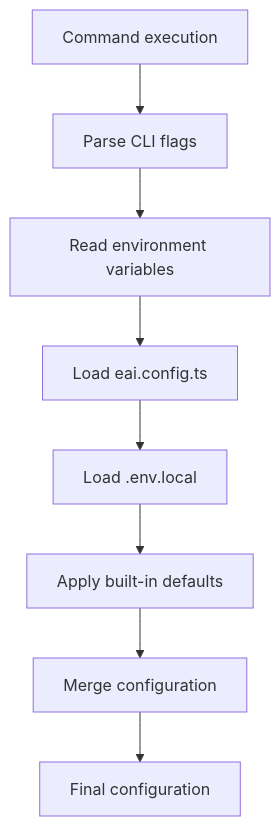
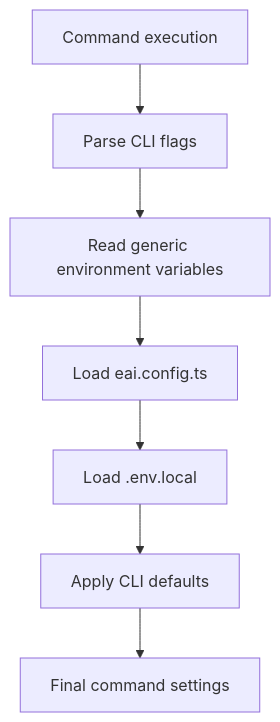
One commit to eai-support/eai changed the diagram in .tech-docs/configuration.md. Above: the diagram before and after it, drawn with Mermaid. The commit also changed other lines of this file and 1 other file, not shown here.

Commit message:
docs: make configuration page public-facing

````diff
--- a/.tech-docs/configuration.md
+++ b/.tech-docs/configuration.md
@@ -220,19 +169,17 @@
 ```mermaid
 flowchart TB
     Start[Command execution]
     Flags[Parse CLI flags]
-    EnvVars[Read environment variables]
+    EnvVars[Read generic environment variables]
     EaiConfig[Load eai.config.ts]
     EnvLocal[Load .env.local]
-    Defaults[Apply built-in defaults]
-    Merge[Merge configuration]
-    End[Final configuration]
+    Defaults[Apply CLI defaults]
+    End[Final command settings]
 
     Start --> Flags
     Flags --> EnvVars
     EnvVars --> EaiConfig
     EaiConfig --> EnvLocal
     EnvLocal --> Defaults
-    Defaults --> Merge
-    Merge --> End
+    Defaults --> End
 ```
````
